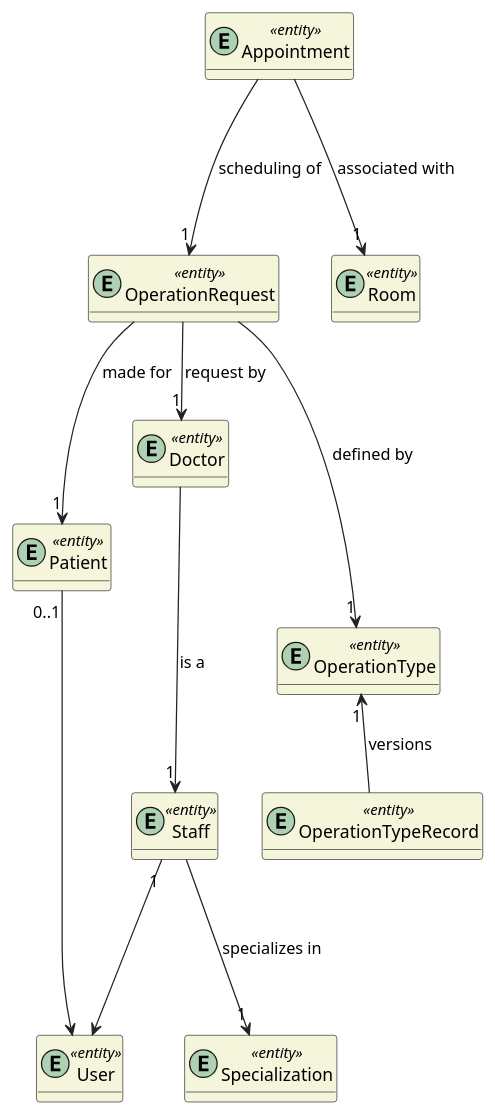
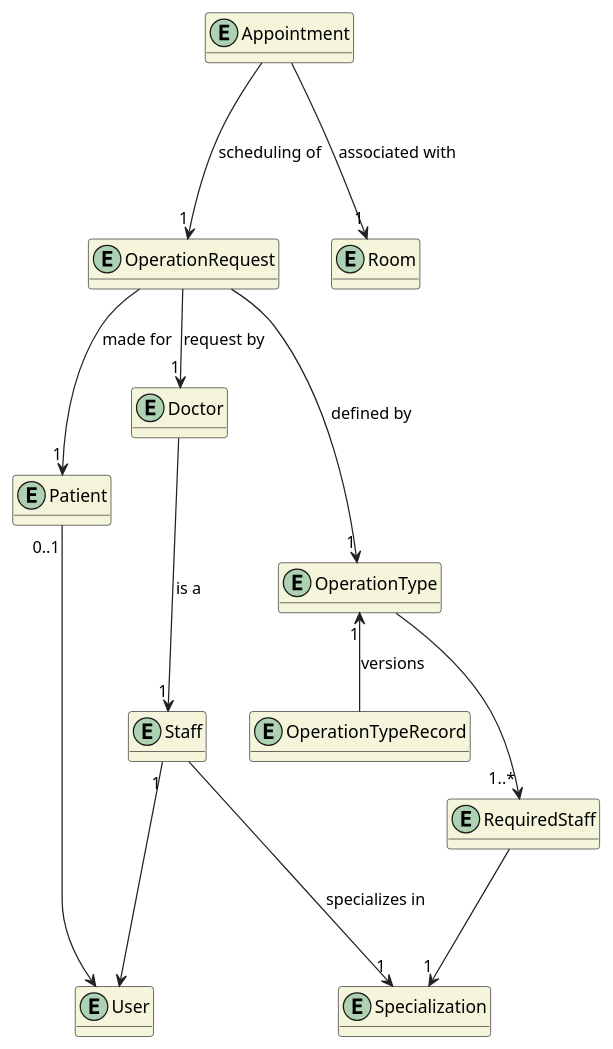
One commit to rita-barbosa/LAPR5-2425 changed the diagram in docs/sprint-2/team-decisions/domain-model/domain-model-simplification.puml. Above: the diagram before and after it, drawn with PlantUML. The commit also changed 1 other file, not shown here.

```diff
--- a/docs/sprint-2/team-decisions/domain-model/domain-model-simplification.puml
+++ b/docs/sprint-2/team-decisions/domain-model/domain-model-simplification.puml
@@ -1,36 +1,37 @@
 @startuml
 
 skinparam classAttributeIconSize 0
 hide empty attributes
 skinparam classBackgroundColor beige
 skinparam ArrowColor #222222
 
 
-entity User  <<entity>>{}
-entity Staff <<entity>>{}
-entity Patient  <<entity>>{}
-entity Doctor <<entity>>{}
-entity Appointment <<entity>>{}
-entity OperationRequest <<entity>>{}
-entity OperationType <<entity>> {}
-entity OperationTypeRecord <<entity>> {}
-entity Room <<entity>>{}
-entity Specialization <<entity>> {}
-
+entity User  {}
+entity Staff {}
+entity Patient  {}
+entity Doctor {}
+entity Appointment {}
+entity OperationRequest {}
+entity OperationType  {}
+entity OperationTypeRecord  {}
+entity Room {}
+entity Specialization {}
+entity RequiredStaff {}
 
 
 User <-up-- "1" Staff
 User <-up-- "0..1" Patient
 Doctor ---> "1" Staff : is a
 Staff ---> "1" Specialization : specializes in
 OperationRequest --> "1" Doctor : request by
 OperationRequest --> "1" Patient : made for
 Appointment ---> "1" OperationRequest : scheduling of
 OperationRequest ---> "1" OperationType : defined by
 OperationType "1" <-- OperationTypeRecord : versions
 Appointment ---> "1" Room : associated with
-
+OperationType --> "1..*" RequiredStaff
+RequiredStaff --> "1" Specialization
 
 
 
 @enduml
```
